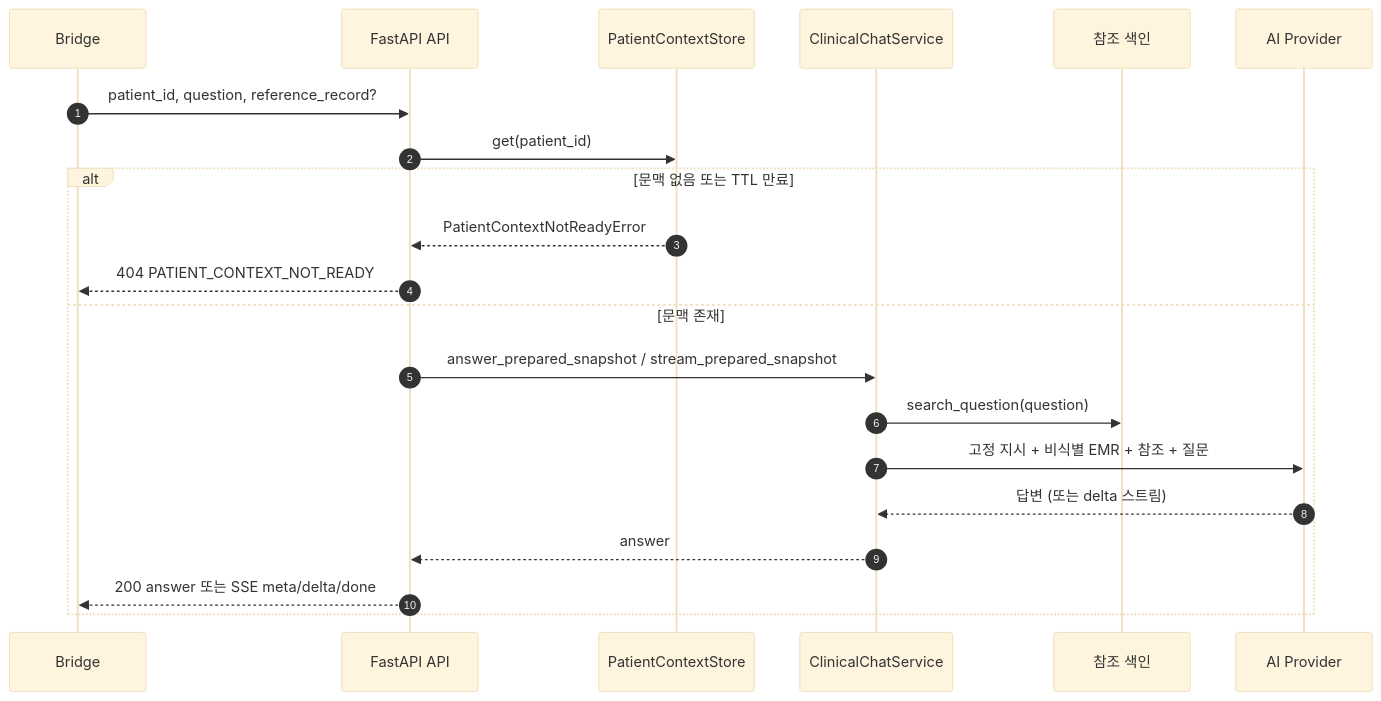
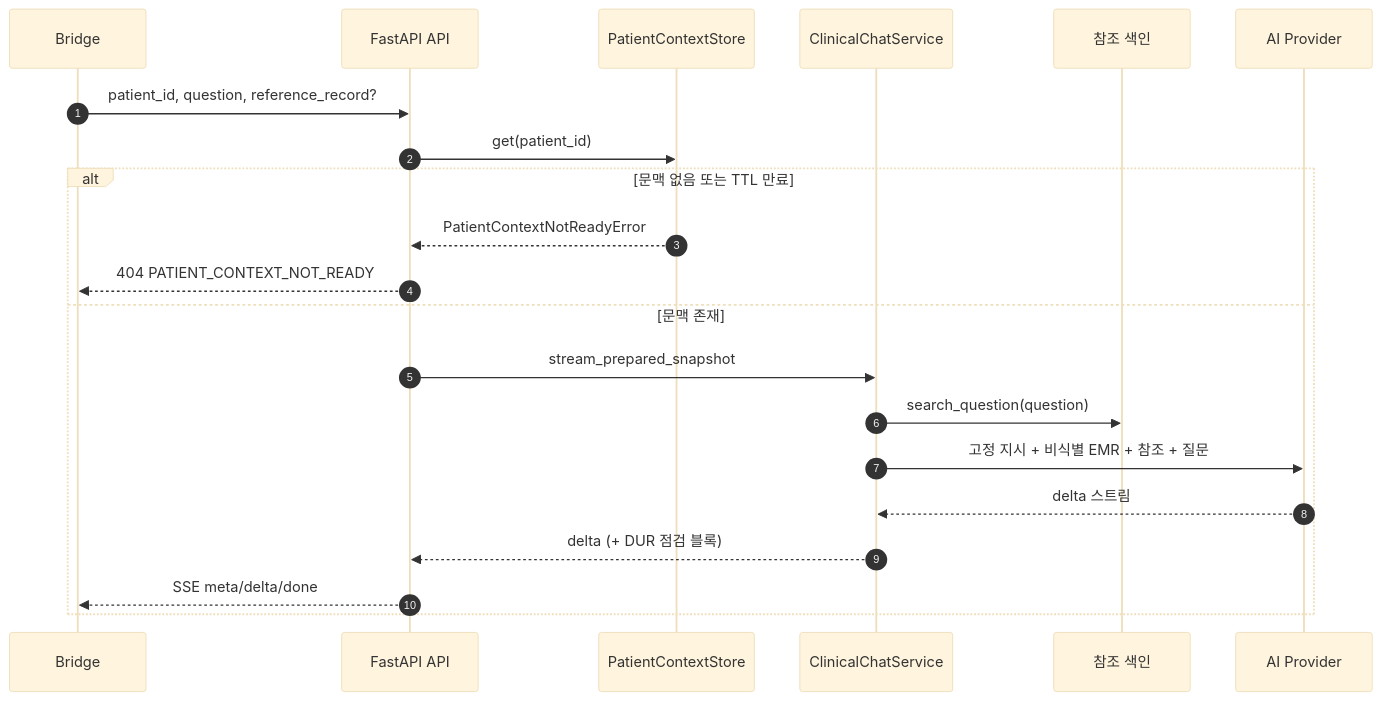
One commit to alden-main/AX_G_AI changed the third of 3 diagrams in docs/current_architecture.md. Above: the diagram before and after it, drawn with Mermaid (base theme). The commit also changed other lines of this file and 28 other files, not shown here.

````diff
--- a/docs/current_architecture.md
+++ b/docs/current_architecture.md
@@ -168,24 +166,24 @@
 ```mermaid
 sequenceDiagram
     autonumber
     participant B as Bridge
     participant A as FastAPI API
     participant S as PatientContextStore
     participant C as ClinicalChatService
     participant R as 참조 색인
     participant P as AI Provider
 
     B->>A: patient_id, question, reference_record?
     A->>S: get(patient_id)
     alt 문맥 없음 또는 TTL 만료
         S-->>A: PatientContextNotReadyError
         A-->>B: 404 PATIENT_CONTEXT_NOT_READY
     else 문맥 존재
-        A->>C: answer_prepared_snapshot / stream_prepared_snapshot
+        A->>C: stream_prepared_snapshot
         C->>R: search_question(question)
         C->>P: 고정 지시 + 비식별 EMR + 참조 + 질문
-        P-->>C: 답변 (또는 delta 스트림)
-        C-->>A: answer
-        A-->>B: 200 answer 또는 SSE meta/delta/done
+        P-->>C: delta 스트림
+        C-->>A: delta (+ DUR 점검 블록)
+        A-->>B: SSE meta/delta/done
     end
 ```
````
